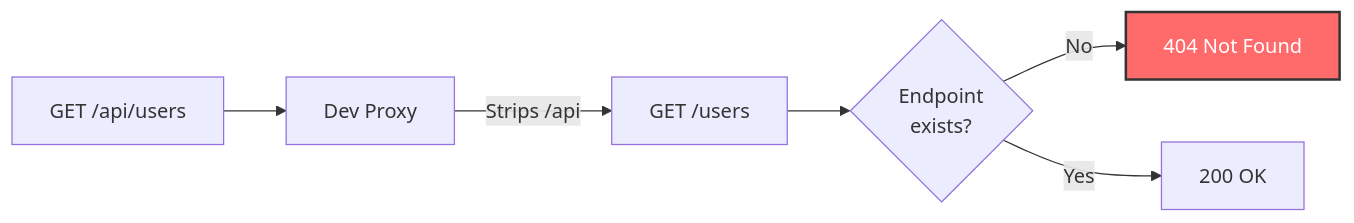
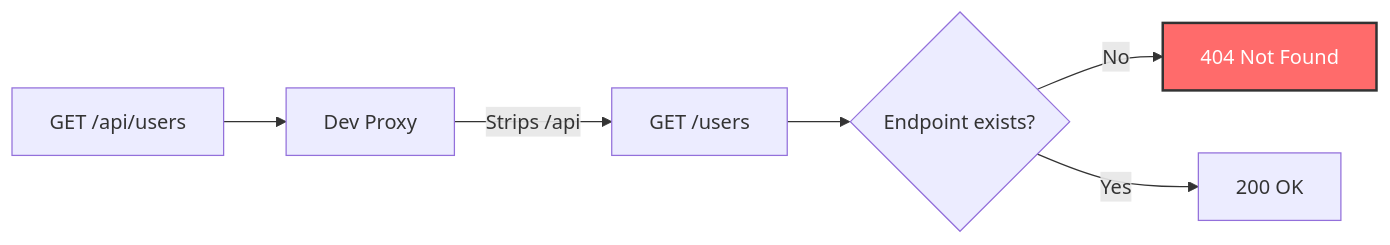
One commit to softwarewrighter/dev-proxy changed the fifth of 8 diagrams in wiki/Troubleshooting.md. Above: the diagram before and after it, drawn with Mermaid. The commit also changed other lines of this file and 6 other files, not shown here.

First line of the commit message:
Fix wiki Mermaid diagrams: remove <br/> tags

````diff
--- a/wiki/Troubleshooting.md
+++ b/wiki/Troubleshooting.md
@@ -327,11 +327,11 @@
 ```mermaid
 graph LR
     Request[GET /api/users] --> Proxy[Dev Proxy]
     Proxy -->|Strips /api| Backend[GET /users]
 
-    Backend --> Check{Endpoint<br/>exists?}
+    Backend --> Check{Endpoint exists?}
     Check -->|No| Error[404 Not Found]
     Check -->|Yes| Success[200 OK]
 
     style Error fill:#ff6b6b,stroke:#333,stroke-width:2px,color:#fff
 ```
````
